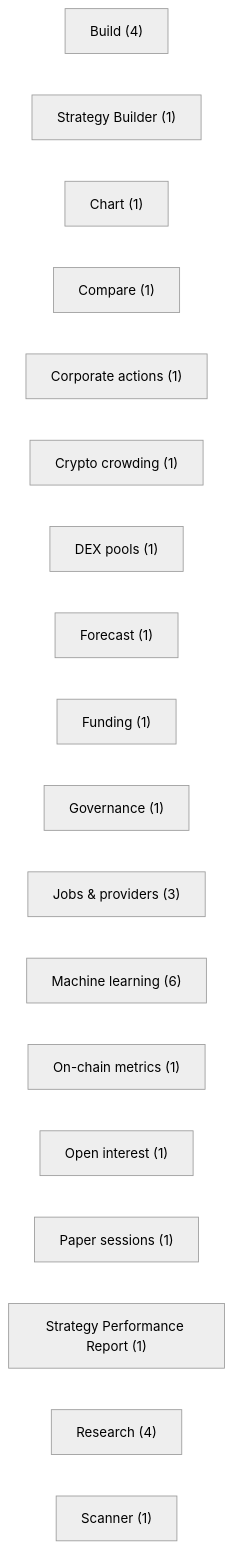
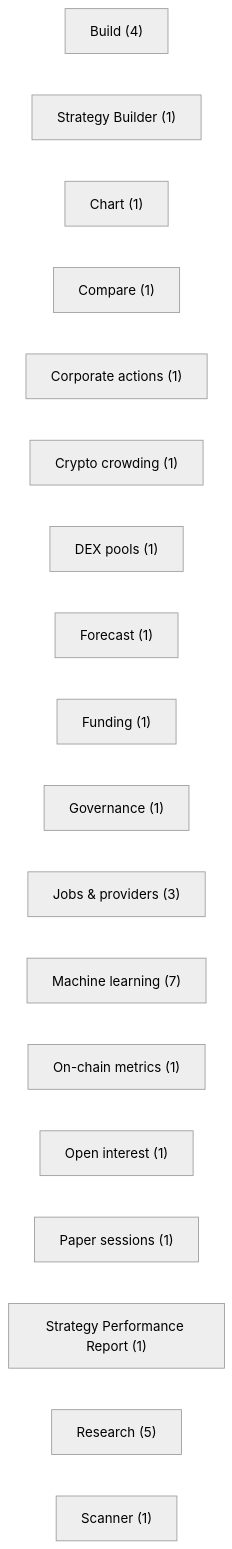
One commit to tradingsystem1880-eng/Project-ALPHA changed the diagram in docs/atlas/frontend-flow.md. Above: the diagram before and after it, drawn with Mermaid (neutral theme). The commit also changed other lines of this file and 7 other files, not shown here.

First line of the commit message:
chore(atlas): regenerate the Atlas graph, CLI cache and maps

````diff
--- a/docs/atlas/frontend-flow.md
+++ b/docs/atlas/frontend-flow.md
@@ -8,21 +8,21 @@
 ```mermaid
 flowchart LR
     n0["Build (4)"]
     n1["Strategy Builder (1)"]
     n2["Chart (1)"]
     n3["Compare (1)"]
     n4["Corporate actions (1)"]
     n5["Crypto crowding (1)"]
     n6["DEX pools (1)"]
     n7["Forecast (1)"]
     n8["Funding (1)"]
     n9["Governance (1)"]
     n10["Jobs & providers (3)"]
-    n11["Machine learning (6)"]
+    n11["Machine learning (7)"]
     n12["On-chain metrics (1)"]
     n13["Open interest (1)"]
     n14["Paper sessions (1)"]
     n15["Strategy Performance Report (1)"]
-    n16["Research (4)"]
+    n16["Research (5)"]
     n17["Scanner (1)"]
 ```
````
